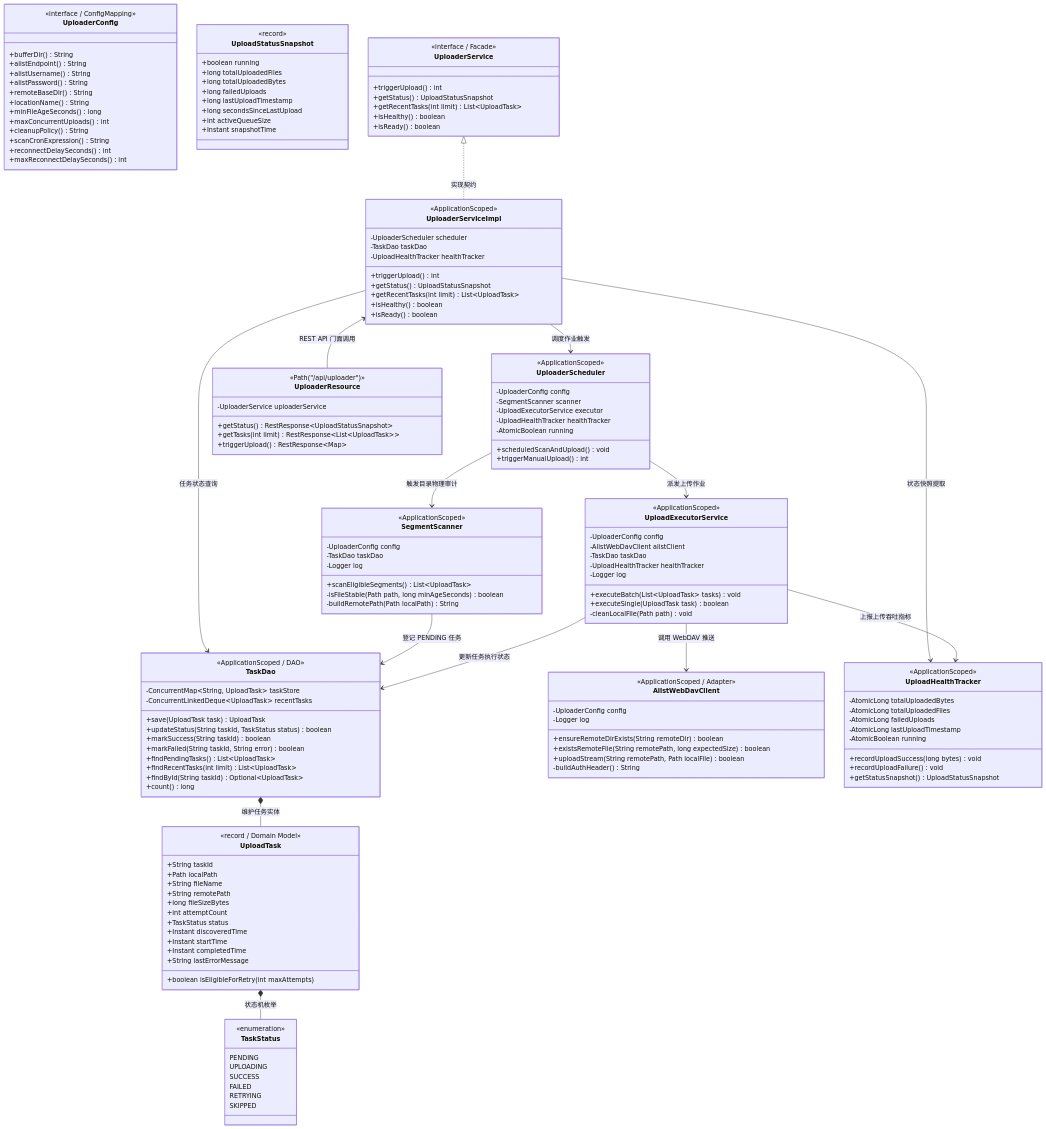
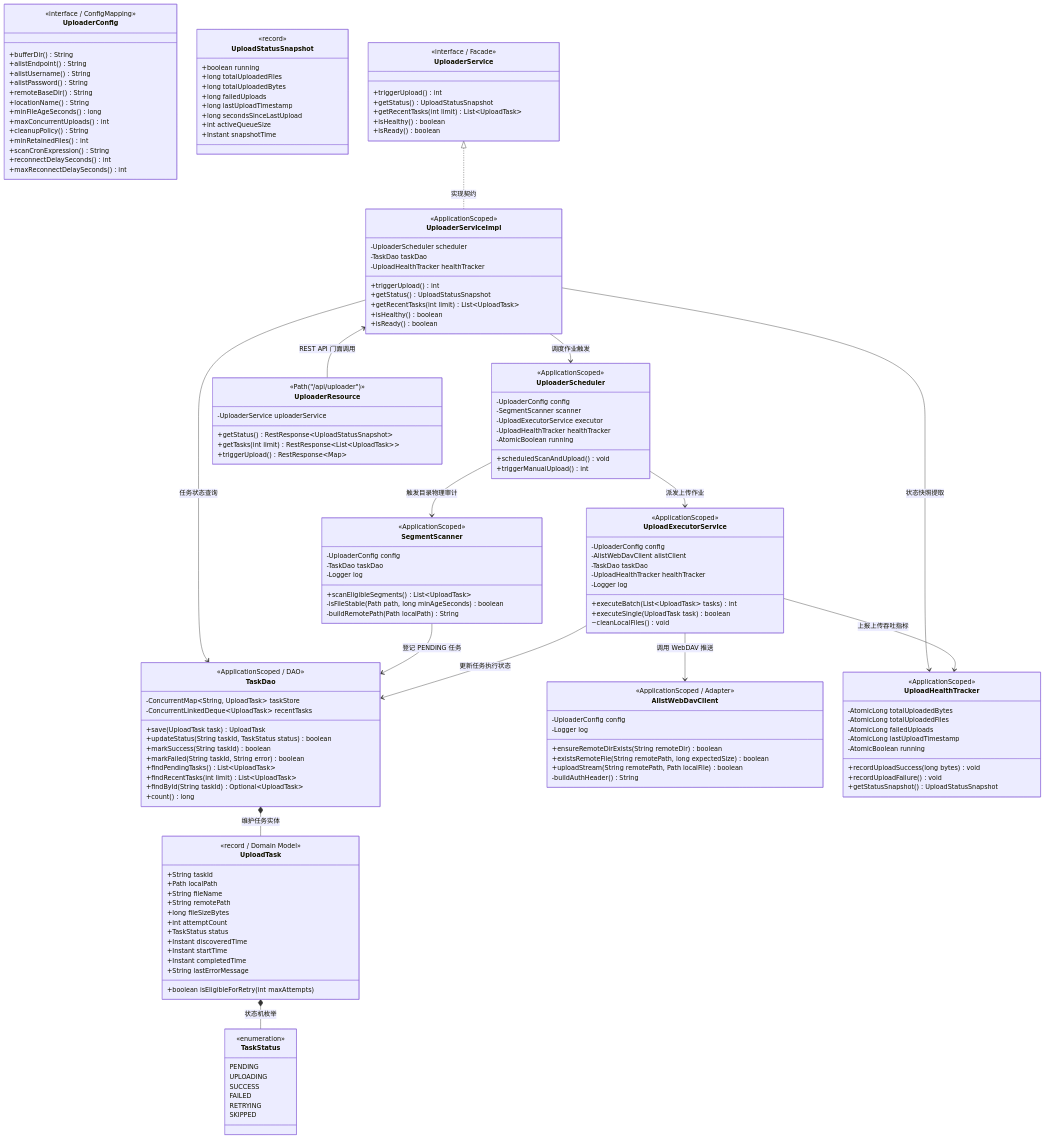
One commit to nvd11/cctv-collector changed the first of 5 diagrams in docs/UPLOADER_CLASS_DESIGN.md. Above: the diagram before and after it, drawn with Mermaid. The commit also changed other lines of this file and 2 other files, not shown here.

Commit message:
docs: document rolling window local cache and min-retained-files specification

```diff
--- a/docs/UPLOADER_CLASS_DESIGN.md
+++ b/docs/UPLOADER_CLASS_DESIGN.md
@@ -42,6 +44,7 @@
         +minFileAgeSeconds() long
         +maxConcurrentUploads() int
         +cleanupPolicy() String
+        +minRetainedFiles() int
         +scanCronExpression() String
         +reconnectDelaySeconds() int
         +maxReconnectDelaySeconds() int
@@ -138,9 +141,9 @@
         -TaskDao taskDao
         -UploadHealthTracker healthTracker
         -Logger log
-        +executeBatch(List~UploadTask~ tasks) void
+        +executeBatch(List~UploadTask~ tasks) int
         +executeSingle(UploadTask task) boolean
-        -cleanLocalFile(Path path) void
+        ~cleanLocalFiles() void
     }
 
     class UploaderScheduler {
```
